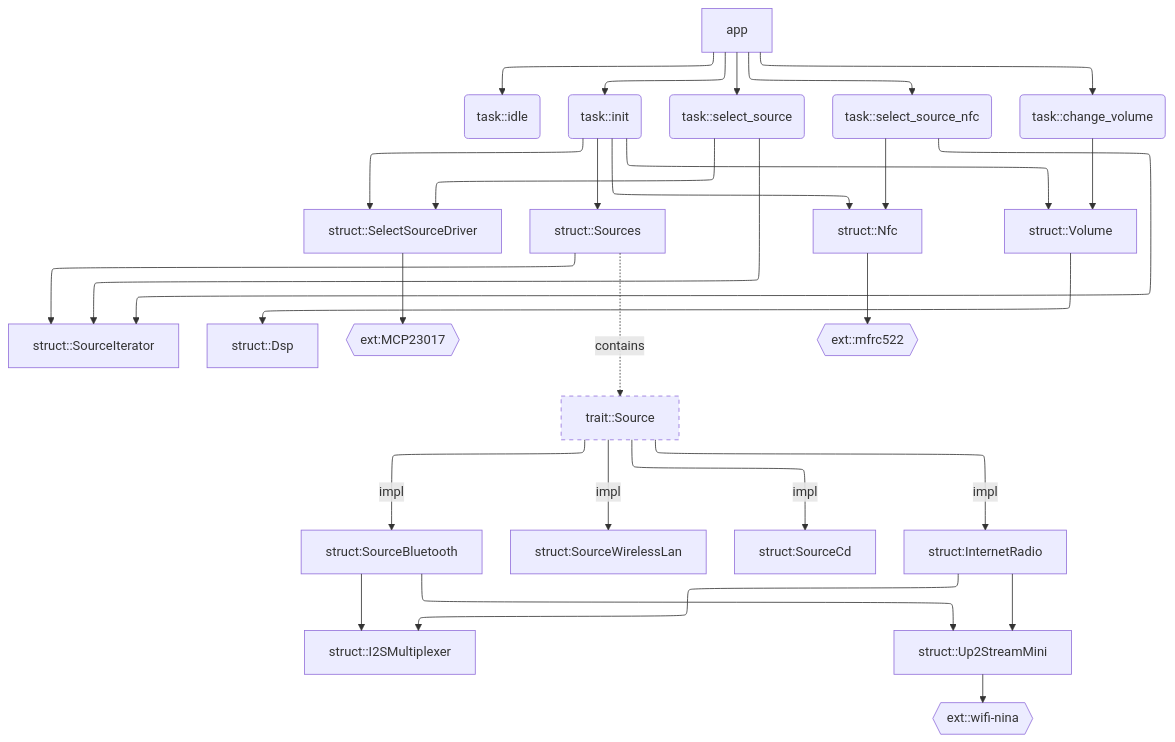
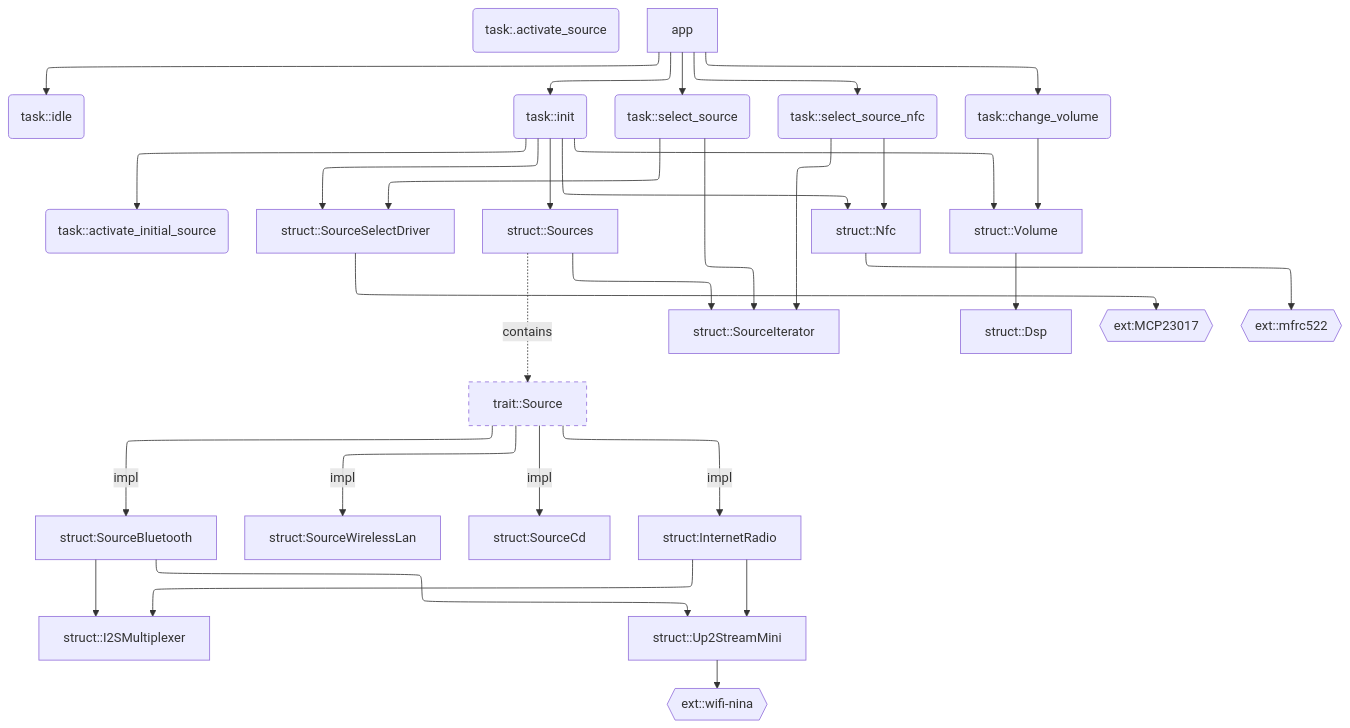
Before and after one commit to adoble/modular-audio: the diagram in docs/model/dependencies/dependencies.md, drawn with Mermaid.

Commit message:
Added new tasks

````diff
--- a/docs/model/dependencies/dependencies.md
+++ b/docs/model/dependencies/dependencies.md
@@ -3,83 +3,86 @@
 ```mermaid
 %%{init: {"flowchart": {"defaultRenderer": "elk"}} }%%
 flowchart TB
     %% ----- tasks -----
     idle(task::idle)
     init(task::init)
     select_source(task::select_source)
     select_source_nfc(task::select_source_nfc)
     change_volume(task::change_volume)
+    activate_initial_source(task::activate_initial_source)
+    actvate_source(task:.activate_source)
     
     %% ---- structs & traits ------- 
-    SelectSourceDriver[struct::SelectSourceDriver]:::struct
+    SourceSelectDriver[struct::SourceSelectDriver]:::struct
     Sources[struct::Sources]:::struct
     SourceIterator[struct::SourceIterator]:::struct
     Source[trait::Source]:::trait
     I2SMultiplexer[struct::I2SMultiplexer]:::struct
     Up2StreamMini[struct::Up2StreamMini]:::struct
     nfc[struct::Nfc]:::struct
     volume[struct::Volume]:::struct
     dsp[struct::Dsp]:::struct
 
     %% ----- source structs ------- 
     SourceBluetooth[struct:SourceBluetooth]:::struct
     SourceWirelessLan[struct:SourceWirelessLan]:::struct
     SourceCd[struct:SourceCd]:::struct
     SourceInternetRadio[struct:InternetRadio]:::struct
 
 
     %% ------ external libraries ------ 
     MCP23017{{ext:MCP23017}}
     mfrc522{{ext::mfrc522}}
     wifi-nina{{ext::wifi-nina}}
 
 
 
     app --> idle
     app --> init 
-    init --> SelectSourceDriver
+    init --> activate_initial_source
+    init --> SourceSelectDriver
     init --> Sources
     init --> volume
     init --> nfc
 
     Sources --> SourceIterator 
 
     app --> select_source
-    select_source --> SelectSourceDriver
+    select_source --> SourceSelectDriver
     select_source --> SourceIterator
-    SelectSourceDriver --> MCP23017
+    SourceSelectDriver --> MCP23017
 
     app--> select_source_nfc
     select_source_nfc --> SourceIterator
     select_source_nfc --> nfc --> mfrc522
 
     Sources -..->|contains| Source
 
     Source --->|impl| SourceBluetooth
     Source --->|impl| SourceWirelessLan
     Source --->|impl| SourceCd
     Source --->|impl| SourceInternetRadio
 
 
     SourceBluetooth --> I2SMultiplexer
     SourceBluetooth --> Up2StreamMini
 
     SourceInternetRadio --> I2SMultiplexer
     SourceInternetRadio --> Up2StreamMini
     
     Up2StreamMini  --> wifi-nina
 
     
     app-->change_volume
     volume-->dsp
     change_volume-->volume
 
     
     %%Class Defs%%
     classDef struct fill:tranparent
     classDef trait stroke-dasharray:5 5
 
 
 
 
 ```
````
